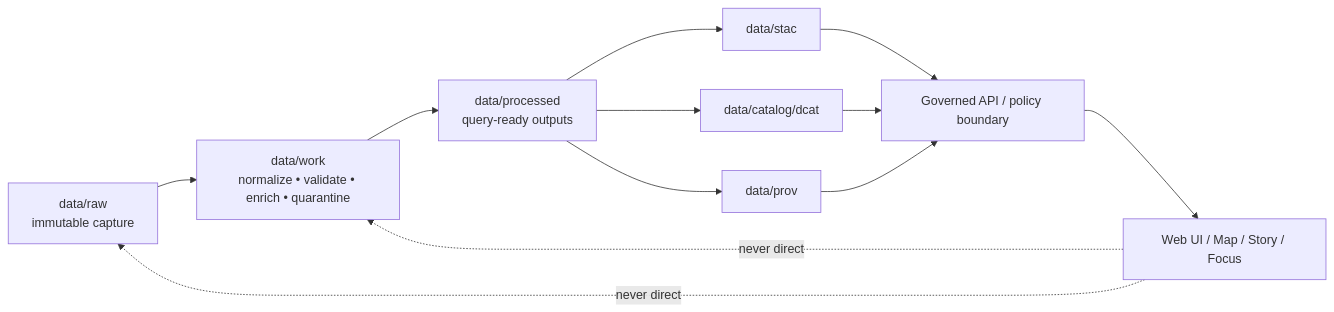
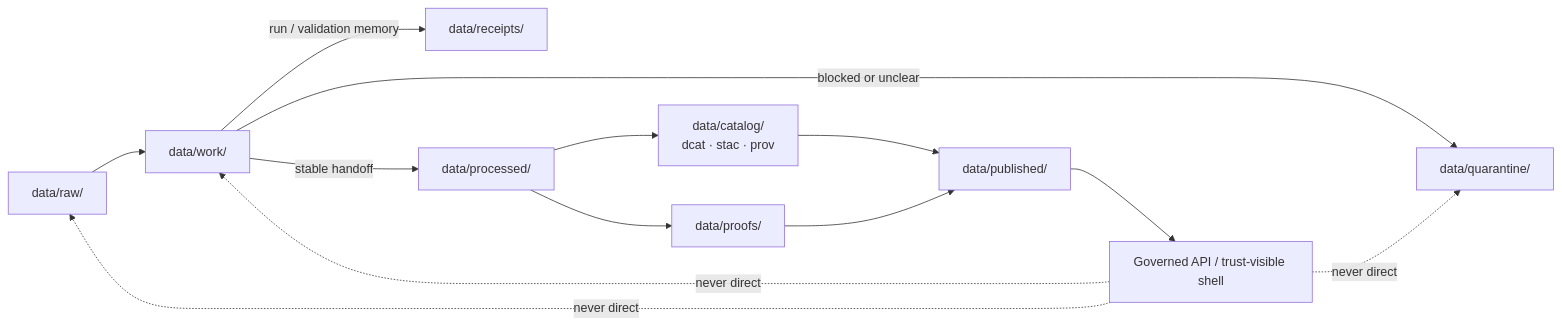
The diagram in data/work/README.md (bartytime4life/Kansas-Frontier-Matrix), drawn with Mermaid before and after one commit. The commit also changed other lines of this file, not shown here.

````diff
--- a/data/work/README.md
+++ b/data/work/README.md
@@ -254,15 +316,16 @@
 ```mermaid
 flowchart LR
-    A[data/raw<br/>immutable capture] --> B[data/work<br/>normalize • validate • enrich • quarantine]
-    B --> C[data/processed<br/>query-ready outputs]
-    C --> D[data/stac]
-    C --> E[data/catalog/dcat]
-    C --> F[data/prov]
-    D --> G[Governed API / policy boundary]
-    E --> G
-    F --> G
-    G --> H[Web UI / Map / Story / Focus]
+    A[data/raw/] --> B[data/work/]
+    B -->|blocked or unclear| Q[data/quarantine/]
+    B -->|run / validation memory| R[data/receipts/]
+    B -->|stable handoff| C[data/processed/]
+    C --> K[data/catalog/ <br/> dcat · stac · prov]
+    C --> P[data/proofs/]
+    K --> U[data/published/]
+    P --> U
+    U --> G[Governed API / trust-visible shell]
 
-    H -. never direct .-> B
-    H -. never direct .-> A
+    G -. never direct .-> B
+    G -. never direct .-> Q
+    G -. never direct .-> A
 ```
````
